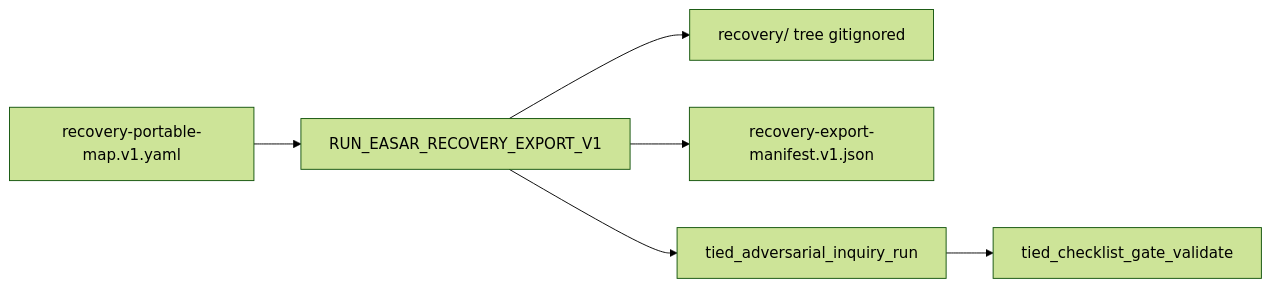
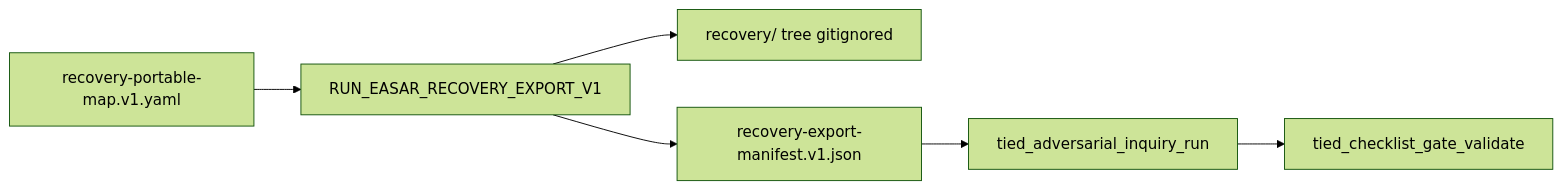
One commit to fareedst/tied changed the diagram in tied-project/working/REQ-TIED_EASAR_RECOVERY/evidence/slice6-e2e-plan.md. Above: the diagram before and after it, drawn with Mermaid (forest theme). The commit also changed other lines of this file and 29 other files, not shown here.

````diff
--- a/tied-project/working/REQ-TIED_EASAR_RECOVERY/evidence/slice6-e2e-plan.md
+++ b/tied-project/working/REQ-TIED_EASAR_RECOVERY/evidence/slice6-e2e-plan.md
@@ -107,14 +126,14 @@
 ```mermaid
 flowchart LR
   map[recovery-portable-map.v1.yaml]
   run[RUN_EASAR_RECOVERY_EXPORT_V1]
   out[recovery/ tree gitignored]
   man[recovery-export-manifest.v1.json]
   ai[tied_adversarial_inquiry_run]
   gv[tied_checklist_gate_validate]
 
   map --> run --> out
   run --> man
-  run --> ai
+  man --> ai
   ai --> gv
 ```
````
